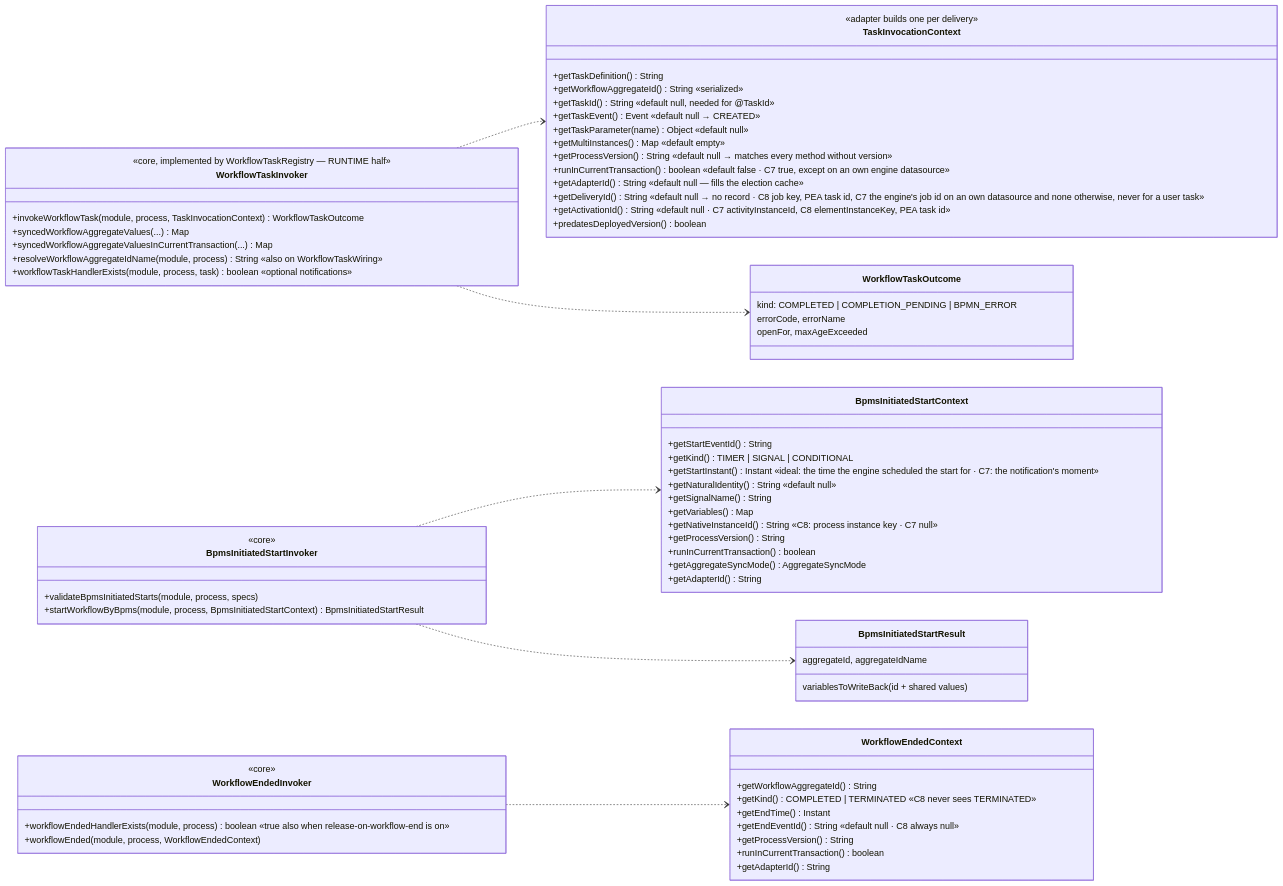
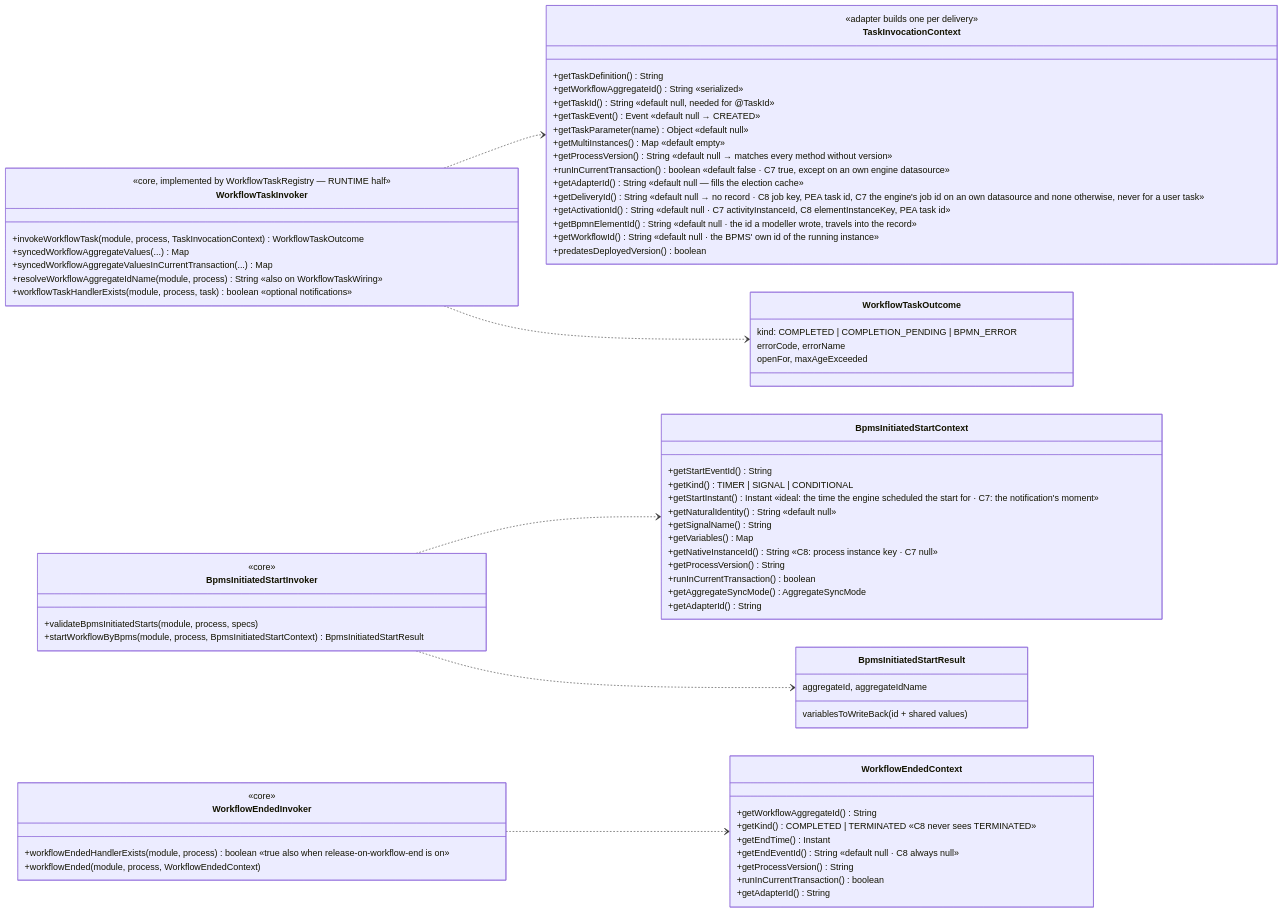
One commit to vanillabp/adapter-platform-integration changed the seventh of 15 diagrams in migration-adapter/README.md. Above: the diagram before and after it, drawn with Mermaid. The commit also changed other lines of this file and 39 other files, not shown here.

````diff
--- a/migration-adapter/README.md
+++ b/migration-adapter/README.md
@@ -1001,73 +1001,75 @@
 ```mermaid
 classDiagram
   direction LR
   class WorkflowTaskInvoker {
     <<core, implemented by WorkflowTaskRegistry — RUNTIME half>>
     +invokeWorkflowTask(module, process, TaskInvocationContext) WorkflowTaskOutcome
     +syncedWorkflowAggregateValues(...) Map
     +syncedWorkflowAggregateValuesInCurrentTransaction(...) Map
     +resolveWorkflowAggregateIdName(module, process) String  «also on WorkflowTaskWiring»
     +workflowTaskHandlerExists(module, process, task) boolean  «optional notifications»
   }
   class TaskInvocationContext {
     <<adapter builds one per delivery>>
     +getTaskDefinition() String
     +getWorkflowAggregateId() String  «serialized»
     +getTaskId() String  «default null, needed for @TaskId»
     +getTaskEvent() Event  «default null → CREATED»
     +getTaskParameter(name) Object  «default null»
     +getMultiInstances() Map  «default empty»
     +getProcessVersion() String  «default null → matches every method without version»
     +runInCurrentTransaction() boolean  «default false · C7 true, except on an own engine datasource»
     +getAdapterId() String  «default null — fills the election cache»
     +getDeliveryId() String  «default null → no record · C8 job key, PEA task id, C7 the engine's job id on an own datasource and none otherwise, never for a user task»
     +getActivationId() String  «default null · C7 activityInstanceId, C8 elementInstanceKey, PEA task id»
+    +getBpmnElementId() String  «default null · the id a modeller wrote, travels into the record»
+    +getWorkflowId() String  «default null · the BPMS' own id of the running instance»
     +predatesDeployedVersion() boolean
   }
   class WorkflowTaskOutcome {
     kind: COMPLETED | COMPLETION_PENDING | BPMN_ERROR
     errorCode, errorName
     openFor, maxAgeExceeded
   }
   class BpmsInitiatedStartInvoker {
     <<core>>
     +validateBpmsInitiatedStarts(module, process, specs)
     +startWorkflowByBpms(module, process, BpmsInitiatedStartContext) BpmsInitiatedStartResult
   }
   class BpmsInitiatedStartContext {
     +getStartEventId() String
     +getKind() TIMER | SIGNAL | CONDITIONAL
     +getStartInstant() Instant  «ideal: the time the engine scheduled the start for · C7: the notification's moment»
     +getNaturalIdentity() String  «default null»
     +getSignalName() String
     +getVariables() Map
     +getNativeInstanceId() String  «C8: process instance key · C7 null»
     +getProcessVersion() String
     +runInCurrentTransaction() boolean
     +getAggregateSyncMode() AggregateSyncMode
     +getAdapterId() String
   }
   class BpmsInitiatedStartResult {
     aggregateId, aggregateIdName
     variablesToWriteBack (id + shared values)
   }
   class WorkflowEndedInvoker {
     <<core>>
     +workflowEndedHandlerExists(module, process) boolean  «true also when release-on-workflow-end is on»
     +workflowEnded(module, process, WorkflowEndedContext)
   }
   class WorkflowEndedContext {
     +getWorkflowAggregateId() String
     +getKind() COMPLETED | TERMINATED  «C8 never sees TERMINATED»
     +getEndTime() Instant
     +getEndEventId() String  «default null · C8 always null»
     +getProcessVersion() String
     +runInCurrentTransaction() boolean
     +getAdapterId() String
   }
   WorkflowTaskInvoker ..> TaskInvocationContext
   WorkflowTaskInvoker ..> WorkflowTaskOutcome
   BpmsInitiatedStartInvoker ..> BpmsInitiatedStartContext
   BpmsInitiatedStartInvoker ..> BpmsInitiatedStartResult
   WorkflowEndedInvoker ..> WorkflowEndedContext
 ```
````
